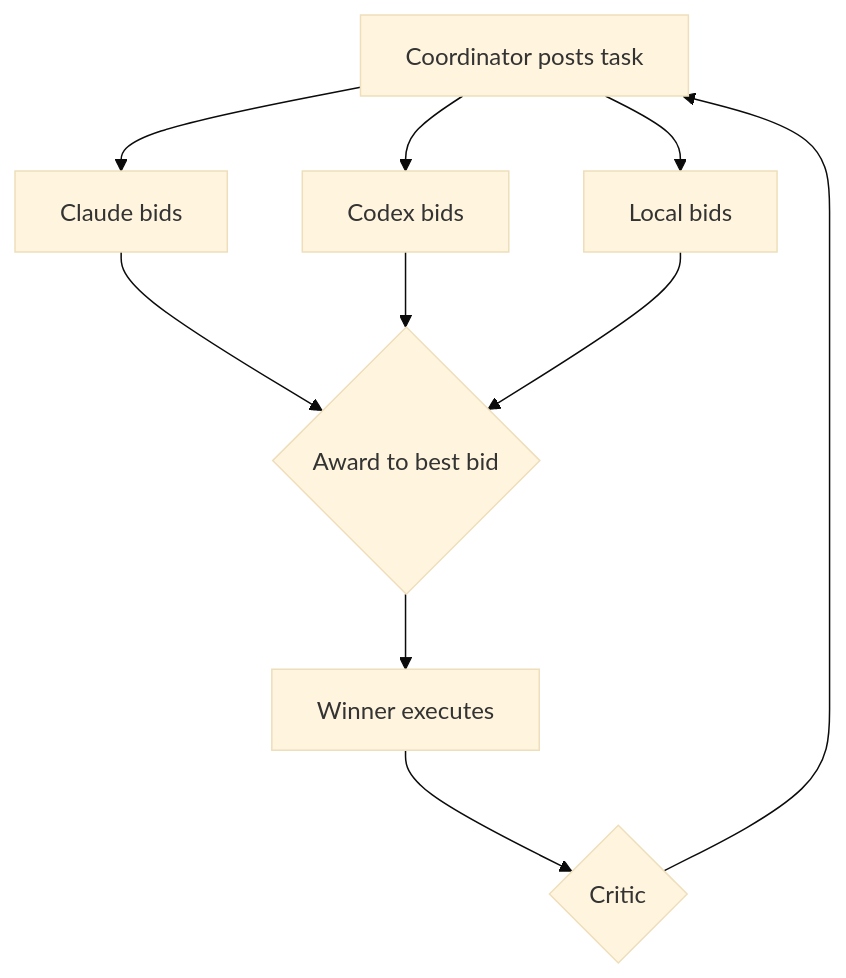
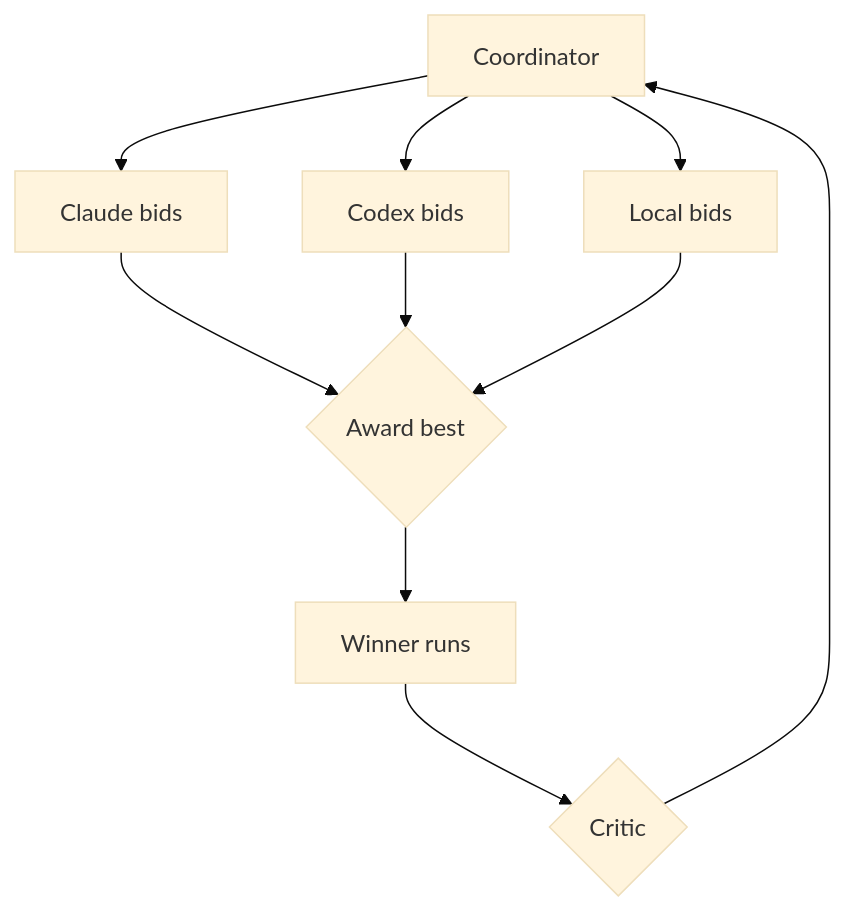
The sixth of 14 diagrams in research/autonomous-agent-fleet.md (JNK234/claude-dotfiles), drawn with Mermaid (base theme) before and after one commit. The commit also changed other lines of this file, not shown here.

````diff
--- a/research/autonomous-agent-fleet.md
+++ b/research/autonomous-agent-fleet.md
@@ -298,10 +284,7 @@
 ```mermaid
 flowchart TB
-    Coord[Coordinator posts task] --> B1[Claude bids]
-    Coord --> B2[Codex bids]
-    Coord --> B3[Local bids]
-    B1 & B2 & B3 --> Award{Award to best bid}
-    Award --> Do[Winner executes]
-    Do --> V{Critic}
-    V --> Coord
+  Co[Coordinator]-->b1[Claude bids]
+  Co-->b2[Codex bids]
+  Co-->b3[Local bids]
+  b1 & b2 & b3-->Aw{Award best}-->Do[Winner runs]-->V{Critic}-->Co
 ```
````
